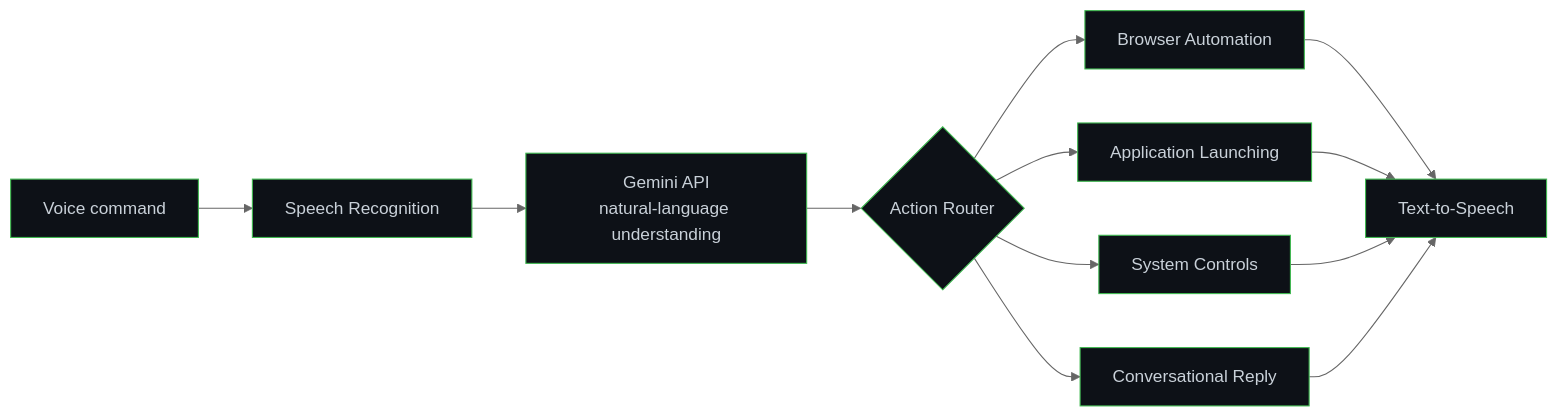
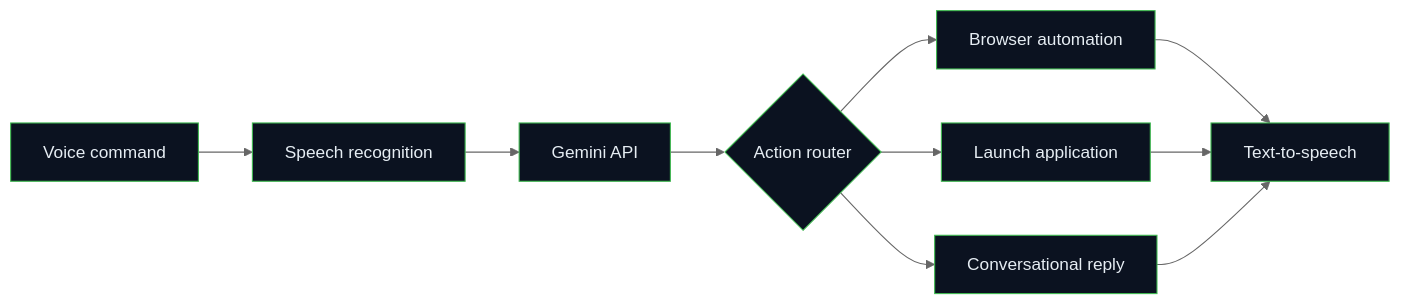
The ninth of 11 diagrams in README.md (kunalchwdry/kunalchwdry), drawn with Mermaid (neutral theme) before and after one commit. The commit also changed other lines of this file, not shown here.

````diff
--- a/README.md
+++ b/README.md
@@ -669,17 +394,15 @@
-```mermaid
+``` mermaid
 flowchart LR
-    V["Voice command"] --> SR["Speech Recognition"]
-    SR --> G["Gemini API<br/>natural-language understanding"]
-    G --> R{"Action Router"}
-    R --> B["Browser Automation"]
-    R --> A["Application Launching"]
-    R --> S["System Controls"]
-    R --> C["Conversational Reply"]
-    B --> T["Text-to-Speech"]
+    V["Voice command"] --> SR["Speech recognition"]
+    SR --> G["Gemini API"]
+    G --> R{"Action router"}
+    R --> B["Browser automation"]
+    R --> A["Launch application"]
+    R --> C["Conversational reply"]
+    B --> T["Text-to-speech"]
     A --> T
-    S --> T
     C --> T
 
-    classDef n fill:#0d1117,stroke:#3fb950,color:#c9d1d9;
-    class V,SR,G,R,B,A,S,C,T n;
+    classDef n fill:#0b1220,stroke:#3fb950,color:#e6edf3;
+    class V,SR,G,R,B,A,C,T n;
 ```
````
